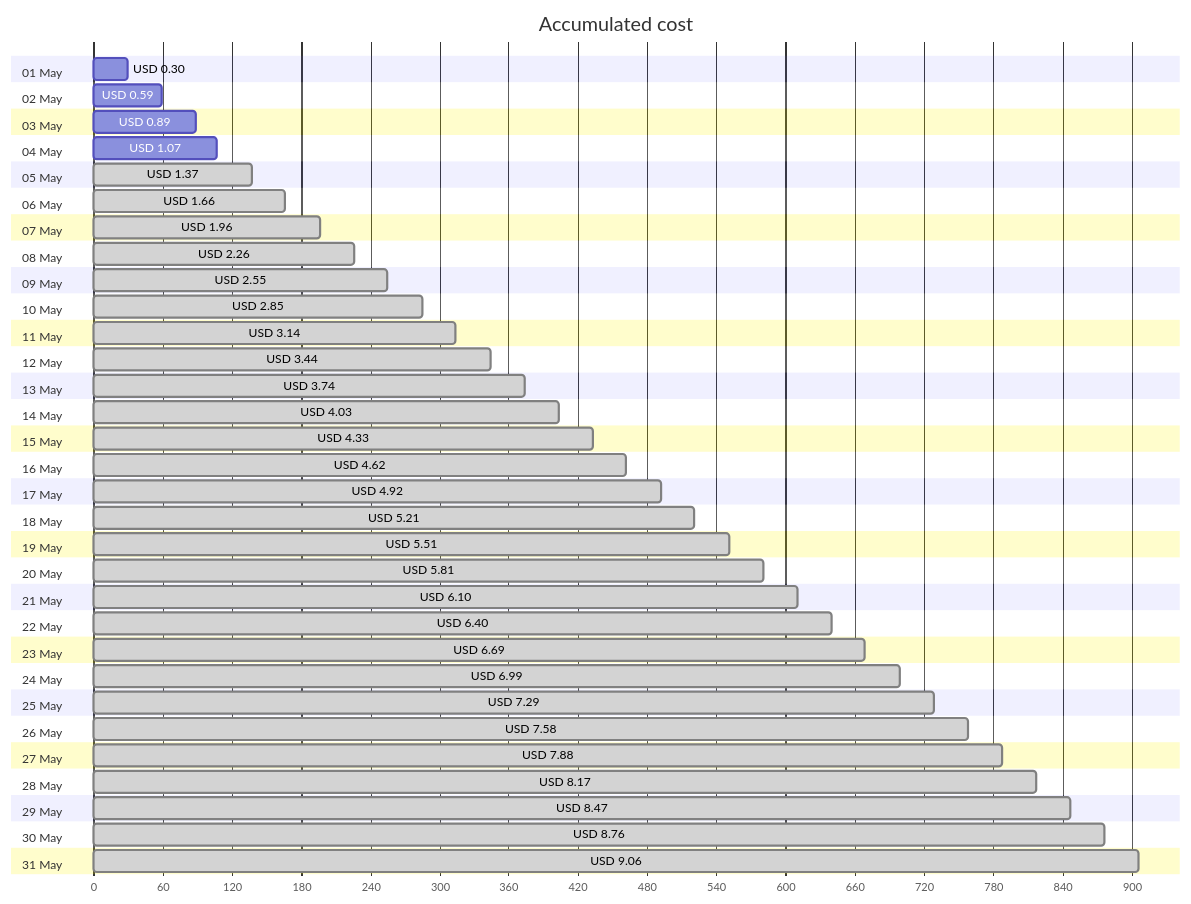
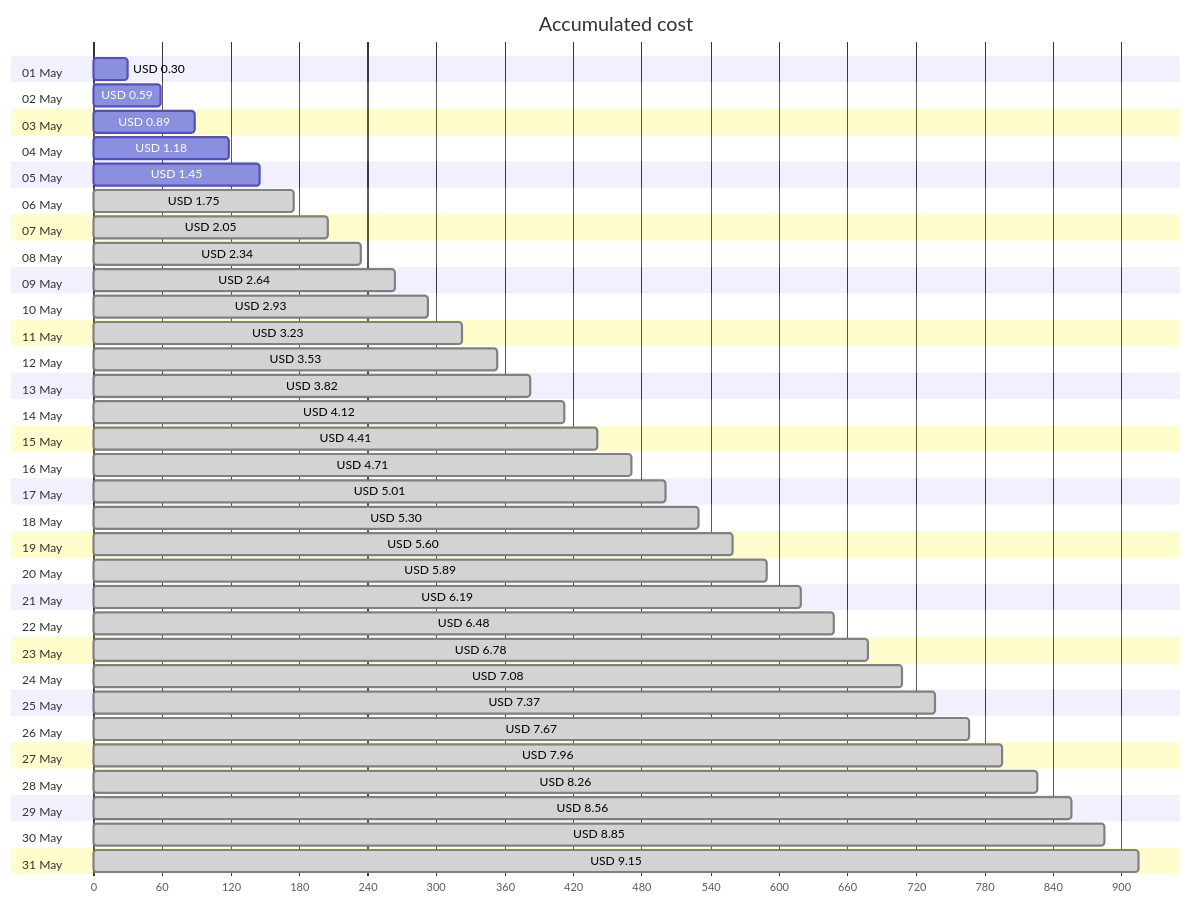
Before and after one commit to jpfulton/azure-personal-reports: the first of 4 diagrams in cost-reports/personal-site/personal-site-preview.md, drawn with Mermaid. The commit also changed other lines of this file and 6 other files, not shown here.

````diff
--- a/cost-reports/personal-site/personal-site-preview.md
+++ b/cost-reports/personal-site/personal-site-preview.md
@@ -20,68 +20,68 @@
 ```mermaid
 gantt
    title Accumulated cost
    dateFormat  X
    axisFormat %s
    section 01 May
    USD 0.30 :0, 30
    section 02 May
    USD 0.59 :0, 59
    section 03 May
    USD 0.89 :0, 89
    section 04 May
-   USD 1.07 :0, 107
+   USD 1.18 :0, 118
    section 05 May
-   USD 1.37 : done, 0, 137
+   USD 1.45 :0, 145
    section 06 May
-   USD 1.66 : done, 0, 166
+   USD 1.75 : done, 0, 175
    section 07 May
-   USD 1.96 : done, 0, 196
+   USD 2.05 : done, 0, 205
    section 08 May
-   USD 2.26 : done, 0, 226
+   USD 2.34 : done, 0, 234
    section 09 May
-   USD 2.55 : done, 0, 255
+   USD 2.64 : done, 0, 264
    section 10 May
-   USD 2.85 : done, 0, 285
+   USD 2.93 : done, 0, 293
    section 11 May
-   USD 3.14 : done, 0, 314
+   USD 3.23 : done, 0, 323
    section 12 May
-   USD 3.44 : done, 0, 344
+   USD 3.53 : done, 0, 353
    section 13 May
-   USD 3.74 : done, 0, 374
+   USD 3.82 : done, 0, 382
    section 14 May
-   USD 4.03 : done, 0, 403
+   USD 4.12 : done, 0, 412
    section 15 May
-   USD 4.33 : done, 0, 433
+   USD 4.41 : done, 0, 441
    section 16 May
-   USD 4.62 : done, 0, 462
+   USD 4.71 : done, 0, 471
    section 17 May
-   USD 4.92 : done, 0, 492
+   USD 5.01 : done, 0, 501
    section 18 May
-   USD 5.21 : done, 0, 521
+   USD 5.30 : done, 0, 530
    section 19 May
-   USD 5.51 : done, 0, 551
+   USD 5.60 : done, 0, 560
    section 20 May
-   USD 5.81 : done, 0, 581
+   USD 5.89 : done, 0, 589
    section 21 May
-   USD 6.10 : done, 0, 610
+   USD 6.19 : done, 0, 619
    section 22 May
-   USD 6.40 : done, 0, 640
+   USD 6.48 : done, 0, 648
    section 23 May
-   USD 6.69 : done, 0, 669
+   USD 6.78 : done, 0, 678
    section 24 May
-   USD 6.99 : done, 0, 699
+   USD 7.08 : done, 0, 708
    section 25 May
-   USD 7.29 : done, 0, 729
+   USD 7.37 : done, 0, 737
    section 26 May
-   USD 7.58 : done, 0, 758
+   USD 7.67 : done, 0, 767
    section 27 May
-   USD 7.88 : done, 0, 788
+   USD 7.96 : done, 0, 796
    section 28 May
-   USD 8.17 : done, 0, 817
+   USD 8.26 : done, 0, 826
    section 29 May
-   USD 8.47 : done, 0, 847
+   USD 8.56 : done, 0, 856
    section 30 May
-   USD 8.76 : done, 0, 876
+   USD 8.85 : done, 0, 885
    section 31 May
-   USD 9.06 : done, 0, 906
+   USD 9.15 : done, 0, 915
 ```
````
